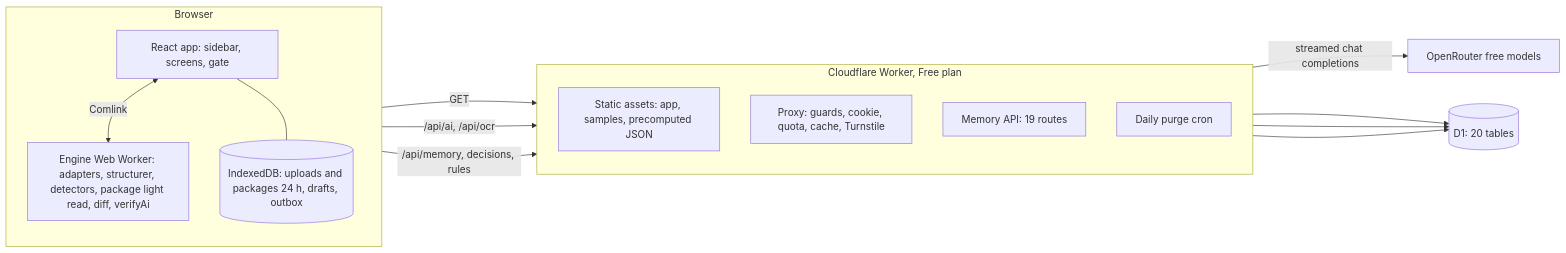
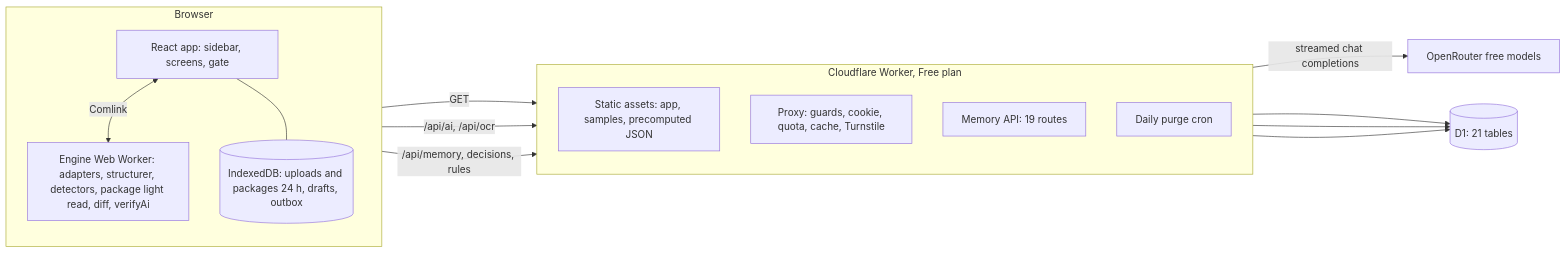
Before and after one commit to itsjiathao0912/preflight-legal-reviewer-anduin-transaction: the diagram in docs/architecture/README.md, drawn with Mermaid. The commit also changed other lines of this file and 9 other files, not shown here.

Commit message:
docs: record Variance Management live (d9aaddd9, schema 6) in README, architecture docs, walkthrough and package notes

````diff
--- a/docs/architecture/README.md
+++ b/docs/architecture/README.md
@@ -23,27 +23,27 @@
 ```mermaid
 flowchart LR
   subgraph BR["Browser"]
     direction TB
     UI["React app: sidebar, screens, gate"]
     WW["Engine Web Worker: adapters, structurer, detectors, package light read, diff, verifyAi"]
     IDB[("IndexedDB: uploads and packages 24 h, drafts, outbox")]
     UI <-- "Comlink" --> WW
     UI --- IDB
   end
   subgraph CF["Cloudflare Worker, Free plan"]
     direction TB
     AS["Static assets: app, samples, precomputed JSON"]
     PX["Proxy: guards, cookie, quota, cache, Turnstile"]
     MA["Memory API: 19 routes"]
     CR["Daily purge cron"]
   end
-  D1[("D1: 20 tables")]
+  D1[("D1: 21 tables")]
   OR["OpenRouter free models"]
   UI -- "GET" --> AS
   UI -- "/api/ai, /api/ocr" --> PX
   UI -- "/api/memory, decisions, rules" --> MA
   PX -- "streamed chat completions" --> OR
   PX --> D1
   MA --> D1
   CR --> D1
 ```
````
